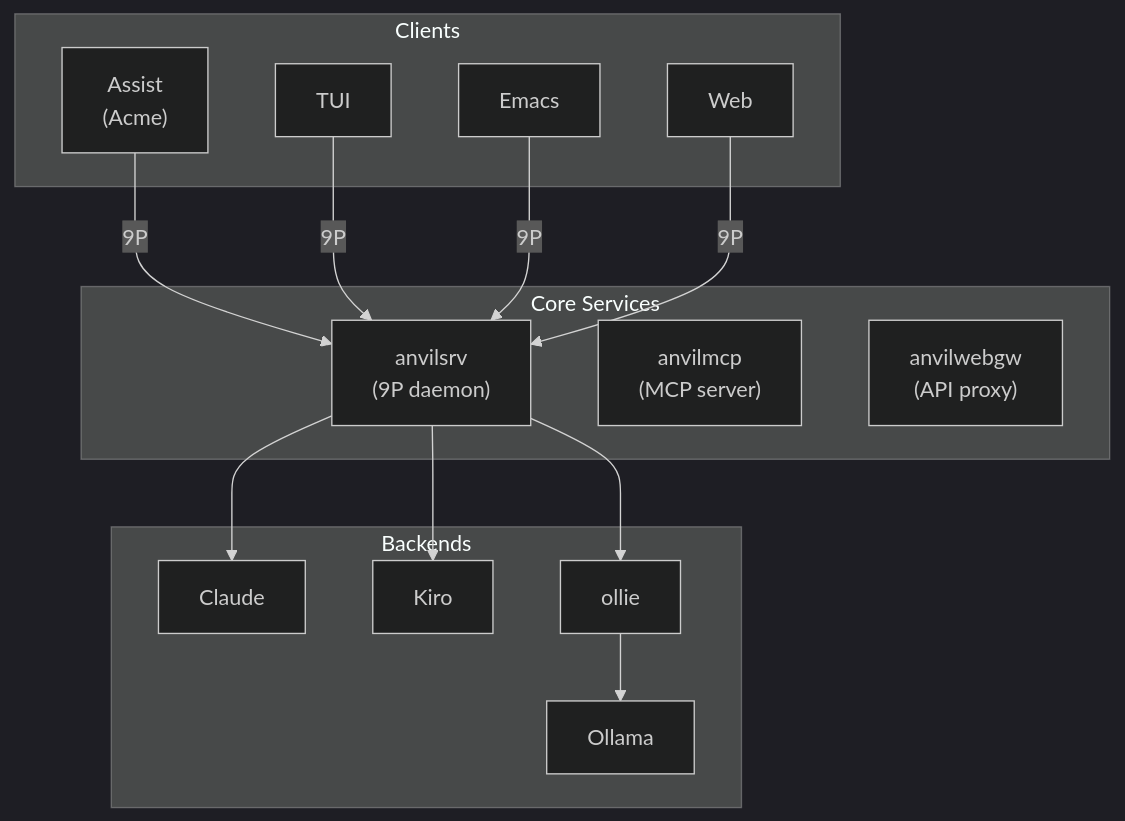
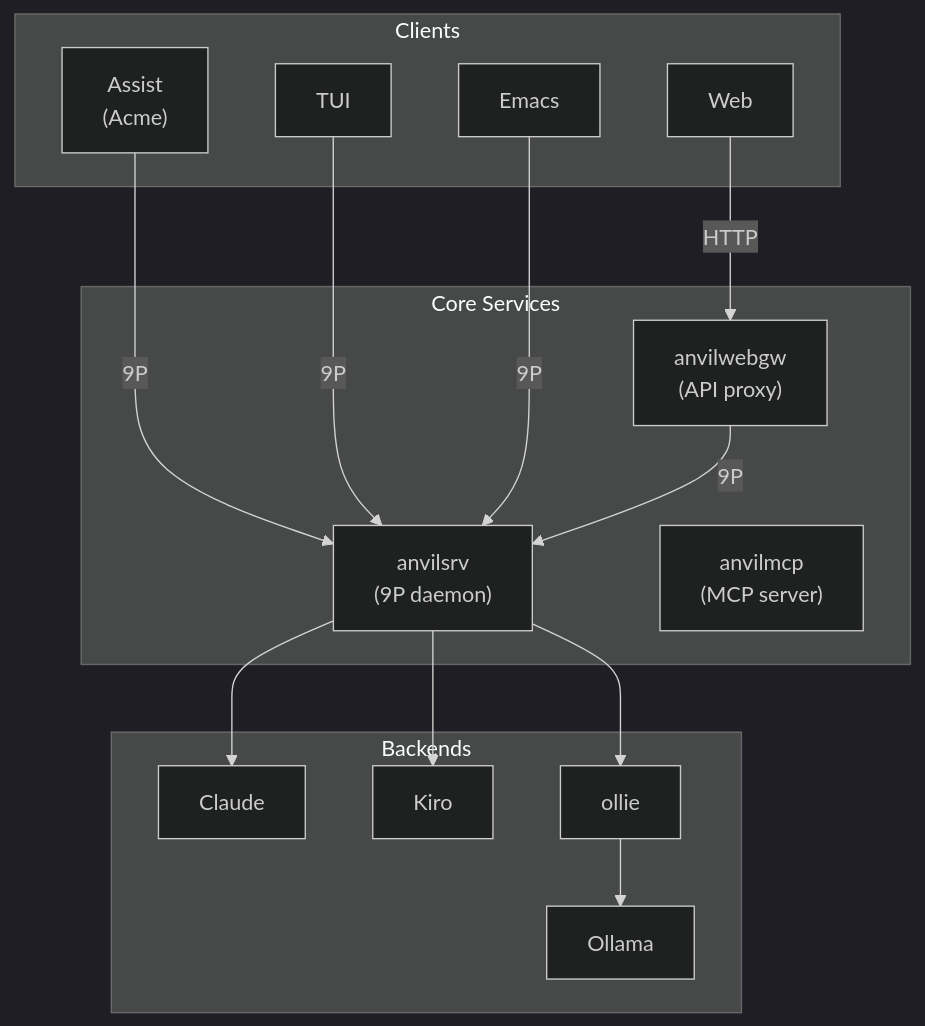
One commit to lneely/anvillm changed the diagram in docs/diagrams/architecture.mmd. Above: the diagram before and after it, drawn with Mermaid (dark theme). The commit also changed 1 other file, not shown here.

Commit message:
Fix architecture diagram: Web connects to anvilwebgw via HTTP

```diff
--- a/docs/diagrams/architecture.mmd
+++ b/docs/diagrams/architecture.mmd
@@ -1,30 +1,31 @@
 graph TB
     subgraph Clients
         Assist["Assist<br/>(Acme)"]
         TUI["TUI"]
         Emacs["Emacs"]
         Web["Web"]
     end
     
     subgraph Core["Core Services"]
         anvilsrv["anvilsrv<br/>(9P daemon)"]
         anvilmcp["anvilmcp<br/>(MCP server)"]
         anvilwebgw["anvilwebgw<br/>(API proxy)"]
     end
     
     subgraph Backends
         Claude["Claude"]
         Kiro["Kiro"]
         ollie["ollie"]
         Ollama["Ollama"]
     end
     
     Assist -->|9P| anvilsrv
     TUI -->|9P| anvilsrv
     Emacs -->|9P| anvilsrv
-    Web -->|9P| anvilsrv
+    Web -->|HTTP| anvilwebgw
+    anvilwebgw -->|9P| anvilsrv
     
     anvilsrv --> Claude
     anvilsrv --> Kiro
     anvilsrv --> ollie
     ollie --> Ollama
```
